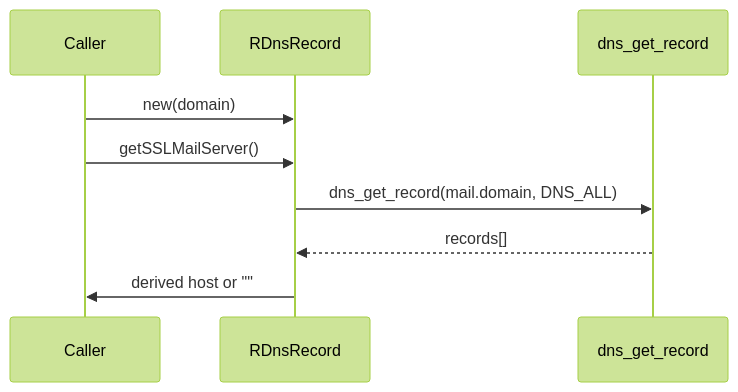
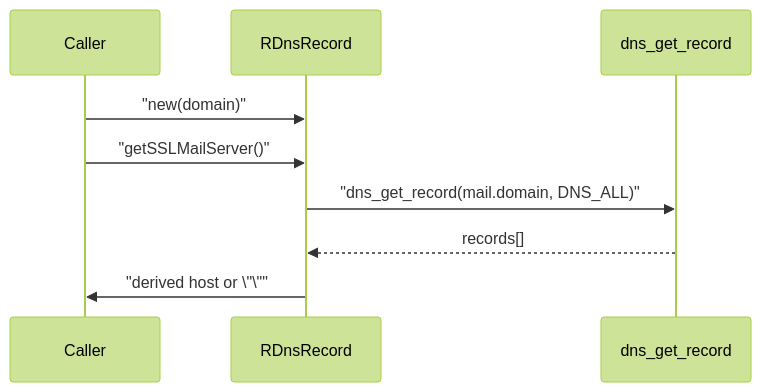
The second of 2 diagrams in dns/HLD.md (pauljrhodes/ramblers-library), drawn with Mermaid (forest theme) before and after one commit. The commit also changed other lines of this file and 33 other files, not shown here.

Commit message:
Normalize Mermaid diagrams for GitHub rendering

````diff
--- a/dns/HLD.md
+++ b/dns/HLD.md
@@ -33,12 +33,12 @@
 ```mermaid
 sequenceDiagram
     participant Caller
     participant Resolver as RDnsRecord
     participant DNS as dns_get_record
 
-    Caller->>Resolver: new(domain)
-    Caller->>Resolver: getSSLMailServer()
-    Resolver->>DNS: dns_get_record(mail.domain, DNS_ALL)
+    Caller->>Resolver: "new(domain)"
+    Caller->>Resolver: "getSSLMailServer()"
+    Resolver->>DNS: "dns_get_record(mail.domain, DNS_ALL)"
     DNS-->>Resolver: records[]
-    Resolver->>Caller: derived host or ""
+    Resolver->>Caller: "derived host or \"\""
 ```
````
